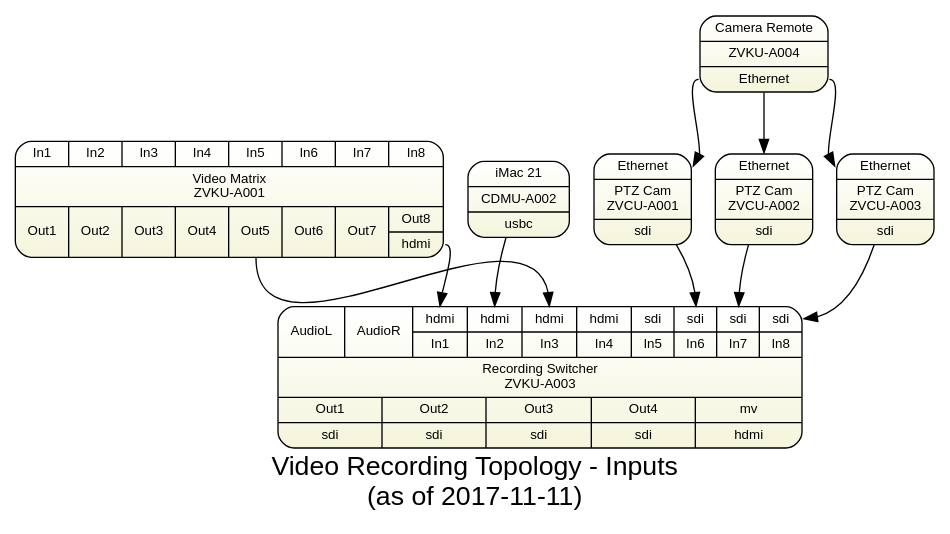
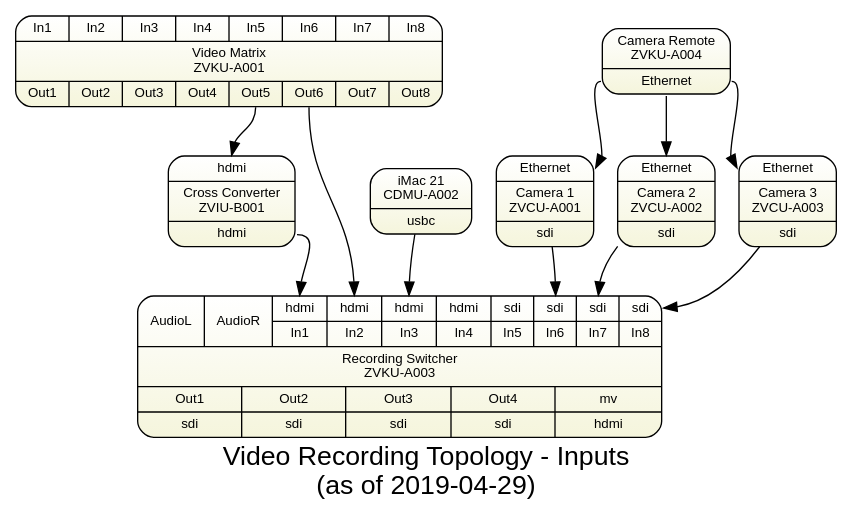
One commit to avmaint/uactechdoc changed the diagram in sdv-topology5-rec-inputs.gv. Above: the diagram before and after it, drawn with Graphviz. The commit also changed 1 other file, not shown here.

Commit message:
updating doc due to rewire of video mixer inputs

```diff
--- a/sdv-topology5-rec-inputs.gv
+++ b/sdv-topology5-rec-inputs.gv
@@ -1,57 +1,66 @@
 digraph recording { 
   
 graph [overlap = true, fontsize = 20, 
-      label="Video Recording Topology - Inputs\n(as of 2017-11-11)",
+      label="Video Recording Topology - Inputs\n(as of 2019-04-29)",
       fontname = Helvetica, bgcolor=white
       ]
  
 node [shape = Mrecord style=filled , fillcolor="white:beige"  , fontsize = 10,
       gradientangle=270 fontname = Helvetica ]
       
-camera1 [label="{<ether>Ethernet|PTZ Cam\nZVCU-A001|sdi}" tooltip="Sony SRG360SHE"]
-camera2 [label="{<ether>Ethernet|PTZ Cam\nZVCU-A002|sdi}" tooltip="Sony SRG360SHE"]
-camera3 [label="{<ether>Ethernet|PTZ Cam\nZVCU-A003|sdi}" tooltip="Sony SRG360SHE"]
+camera1 [label="{<ether>Ethernet|Camera 1\nZVCU-A001|sdi}" tooltip="Sony SRG360SHE"]
+camera2 [label="{<ether>Ethernet|Camera 2\nZVCU-A002|sdi}" tooltip="Sony SRG360SHE"]
+camera3 [label="{<ether>Ethernet|Camera 3\nZVCU-A003|sdi}" tooltip="Sony SRG360SHE"]
 
-cdmua002 [label="{{{iMac 21|CDMU-A002}}|{<usbc1>usbc}}"]
+cdmua002 [label="{{{iMac 21\nCDMU-A002}}|{<usbc1>usbc}}"]
 
-cdmua002 -> rswitch:i2 
- 
 rswitch [
   tooltip="BMD ATEM Television Studio Pro HD"
 
   label="{
     {{<al>AudioL}|{<ar>AudioR}|
       {<i1>hdmi|In1}|{<i2>hdmi|In2}|{<i3>hdmi|In3}|{<i4>hdmi|In4}
       |{<i5>sdi|In5}|{<i6>sdi|In6}|{<i7>sdi|In7}|{<i8>sdi|In8}}
       |Recording Switcher\nZVKU-A003|
       {{Out1|<o1>sdi}|{Out2|<o2>sdi}|{Out3|<o3>sdi}|{Out4|<o4>sdi}|{mv|<mv>hdmi}}
     }"
 ]
 
-pswitch [
+vmatrix [
   tooltip="Kramer VS-88DT"
   label="{
   {
     <i1>In1|<i2>In2|<i3>In3|<i4>In4|<i5>In5| <i6> In6 |<i7>In7|{<i8>In8}}
   |Video Matrix\nZVKU-A001|
-  {<o1>Out1|<o2>Out2|<o3>Out3|<o4>Out4|<o5>Out5|<o6>Out6 |<o7>Out7|{Out8|<o8>hdmi}} }"]
+  {<o1>Out1|<o2>Out2|<o3>Out3|<o4>Out4|<o5>Out5|<o6>Out6 |<o7>Out7| <o8> Out8 } }"]
    
 rmip10 [
   label="{
-      Camera Remote|ZVKU-A004 
+      Camera Remote\nZVKU-A004 
       |<ether>Ethernet
     }"
   tooltip="Sony RMIP10"
 ]
-   
+
+mdhx1 [
+  label="{
+      <hdmiin>hdmi|Cross Converter\nZVIU-B001 
+      |<hdmiout>hdmi
+    }"
+  tooltip="Decimator MD-HX"
+]
+ 
 camera1 -> rswitch:i6 
 camera2 -> rswitch:i7
 camera3 -> rswitch:i8
 
 rmip10:ether -> camera1:ether
 rmip10:ether -> camera2:ether
 rmip10:ether -> camera3:ether
  
-pswitch:o8 -> rswitch:i1
-pswitch:o5 -> rswitch:i3
+vmatrix:o5 -> mdhx1:hdmiin
+mdhx1:hdmiout -> rswitch:i1
+vmatrix:o6 -> rswitch:i2
+
+cdmua002 -> rswitch:i3 
 } 
```
